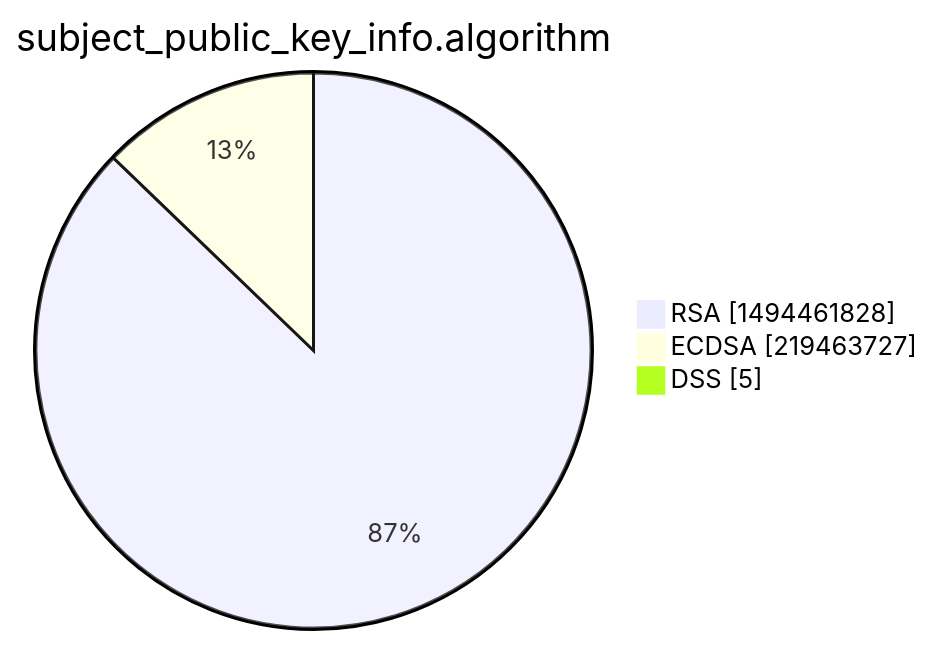
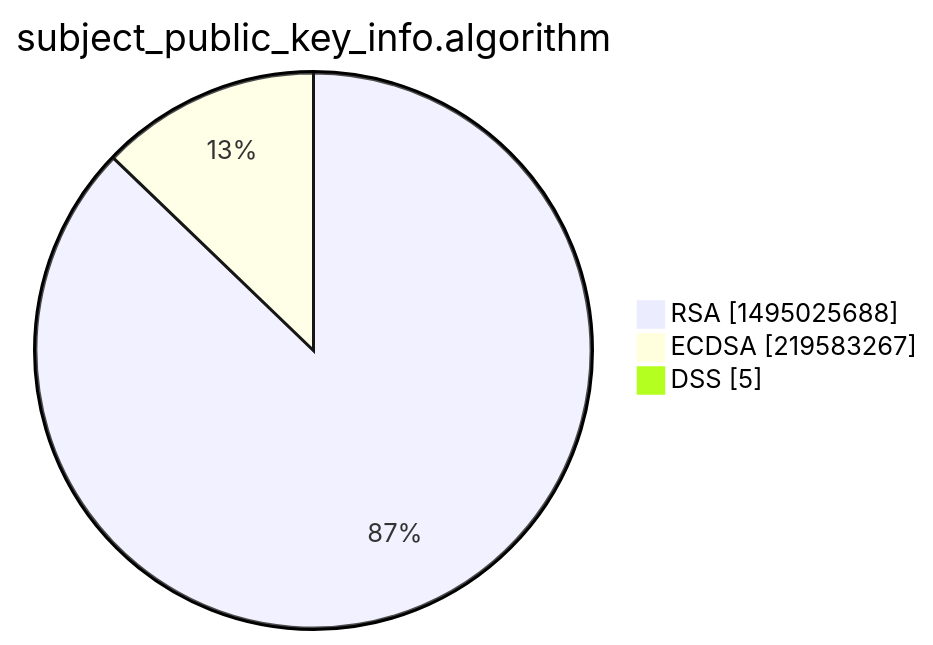
One commit to christiankrug/ctmonitor_visualization changed the third of 15 diagrams in xenon2022/README.md. Above: the diagram before and after it, drawn with Mermaid. The commit also changed other lines of this file, not shown here.

````diff
--- a/xenon2022/README.md
+++ b/xenon2022/README.md
@@ -14,7 +14,7 @@
 ```mermaid
 pie showData
 title subject_public_key_info.algorithm
-"RSA" :1494461828
-"ECDSA" :219463727
+"RSA" :1495025688
+"ECDSA" :219583267
 "DSS" :5
 ```
````
